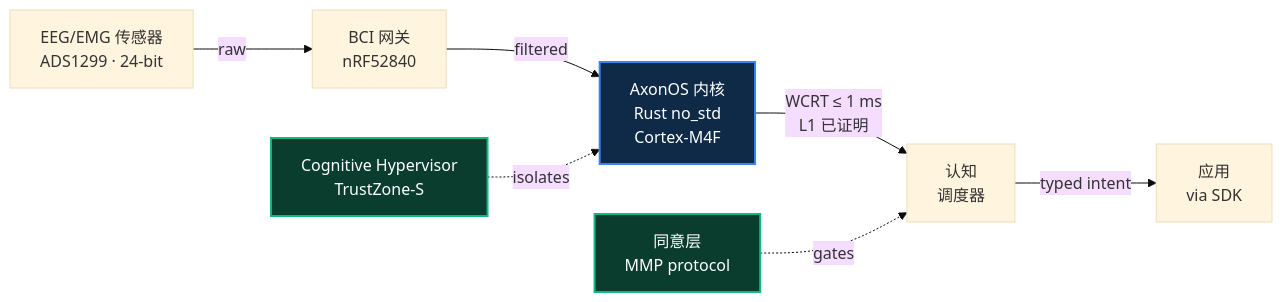
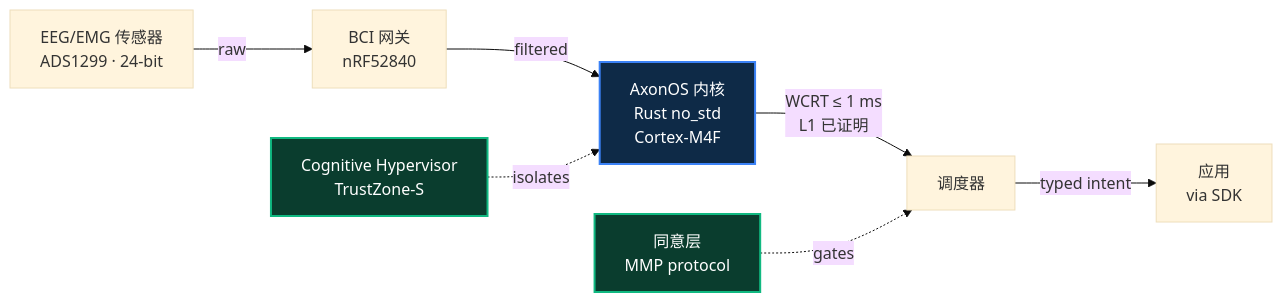
The diagram in profile/README.zh.md (AxonOS-org/.github), drawn with Mermaid (base theme) before and after one commit. The commit also changed other lines of this file and 16 other files, not shown here.

````diff
--- a/profile/README.zh.md
+++ b/profile/README.zh.md
@@ -121,14 +124,14 @@
 ```mermaid
 flowchart LR
     A[EEG/EMG 传感器<br/>ADS1299 · 24-bit] -->|raw| B[BCI 网关<br/>nRF52840]
     B -->|filtered| C[AxonOS 内核<br/>Rust no_std<br/>Cortex-M4F]
-    C -->|"WCRT ≤ 1 ms<br/>L1 已证明"| D[认知<br/>调度器]
+    C -->|"WCRT ≤ 1 ms<br/>L1 已证明"| D[调度器]
     D -->|typed intent| E[应用<br/>via SDK]
     F[Cognitive Hypervisor<br/>TrustZone-S] -.->|isolates| C
     G[同意层<br/>MMP protocol] -.->|gates| D
 
     classDef kernel fill:#0e2a47,stroke:#3b82f6,color:#fff,stroke-width:2px
     classDef secure fill:#0a3d2e,stroke:#10b981,color:#fff,stroke-width:2px
     class C kernel
     class F,G secure
 ```
````
